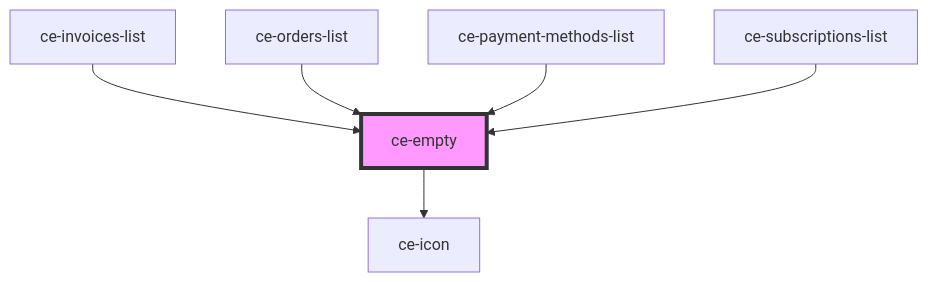
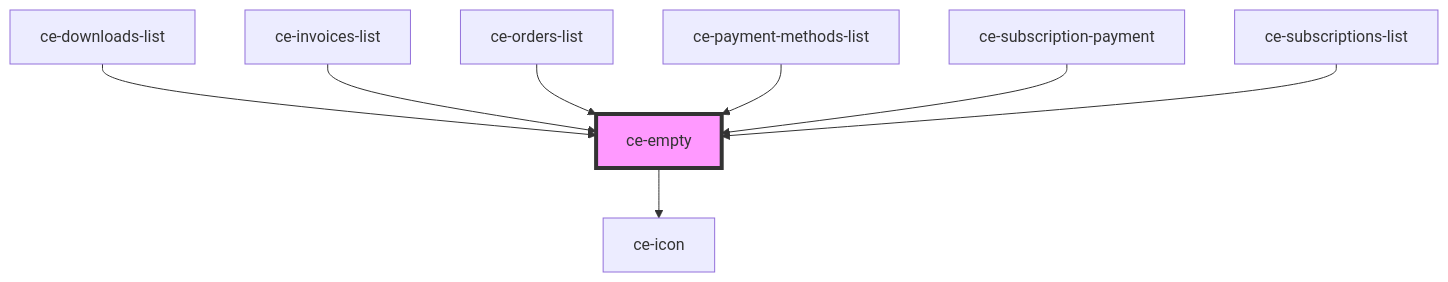
The diagram in packages/components/src/components/ui/empty/readme.md (surecart/surecart-wp-plugin), drawn with Mermaid before and after one commit. The commit also changed other lines of this file and 84 other files, not shown here.

````diff
--- a/packages/components/src/components/ui/empty/readme.md
+++ b/packages/components/src/components/ui/empty/readme.md
@@ -29,9 +31,11 @@
 ```mermaid
 graph TD;
   ce-empty --> ce-icon
+  ce-downloads-list --> ce-empty
   ce-invoices-list --> ce-empty
   ce-orders-list --> ce-empty
   ce-payment-methods-list --> ce-empty
+  ce-subscription-payment --> ce-empty
   ce-subscriptions-list --> ce-empty
   style ce-empty fill:#f9f,stroke:#333,stroke-width:4px
 ```
````
